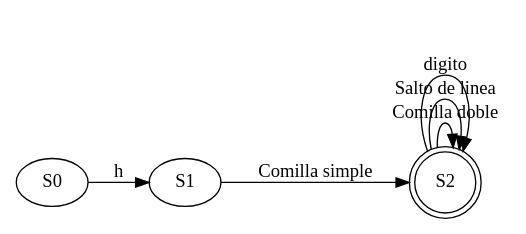
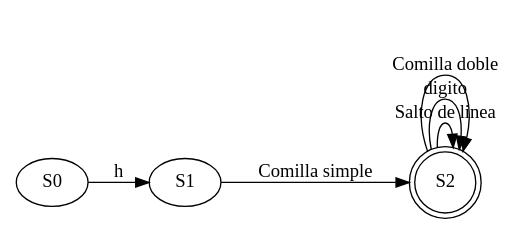
Before and after one commit to JeffMendez/OCL_Proyecto1_201901557: the diagram in Regexive/archivos/AFD_201901557/EXP4.dot, drawn with Graphviz. The commit also changed 54 other files, not shown here.

```diff
--- a/Regexive/archivos/AFD_201901557/EXP4.dot
+++ b/Regexive/archivos/AFD_201901557/EXP4.dot
@@ -1,4 +1,4 @@
 digraph G {
 	rankdir=LR
-	S0 -> S1 [label="h"]	S1 -> S2 [label="Comilla simple"]	S2 [shape="doublecircle"]	S2 -> S2 [label="Comilla doble"]	S2 -> S2 [label="Salto de linea"]	S2 -> S2 [label="digito"]
+	S0 -> S1 [label="h"]	S1 -> S2 [label="Comilla simple"]	S2 [shape="doublecircle"]	S2 -> S2 [label="Salto de linea"]	S2 -> S2 [label="digito"]	S2 -> S2 [label="Comilla doble"]
 }
```
